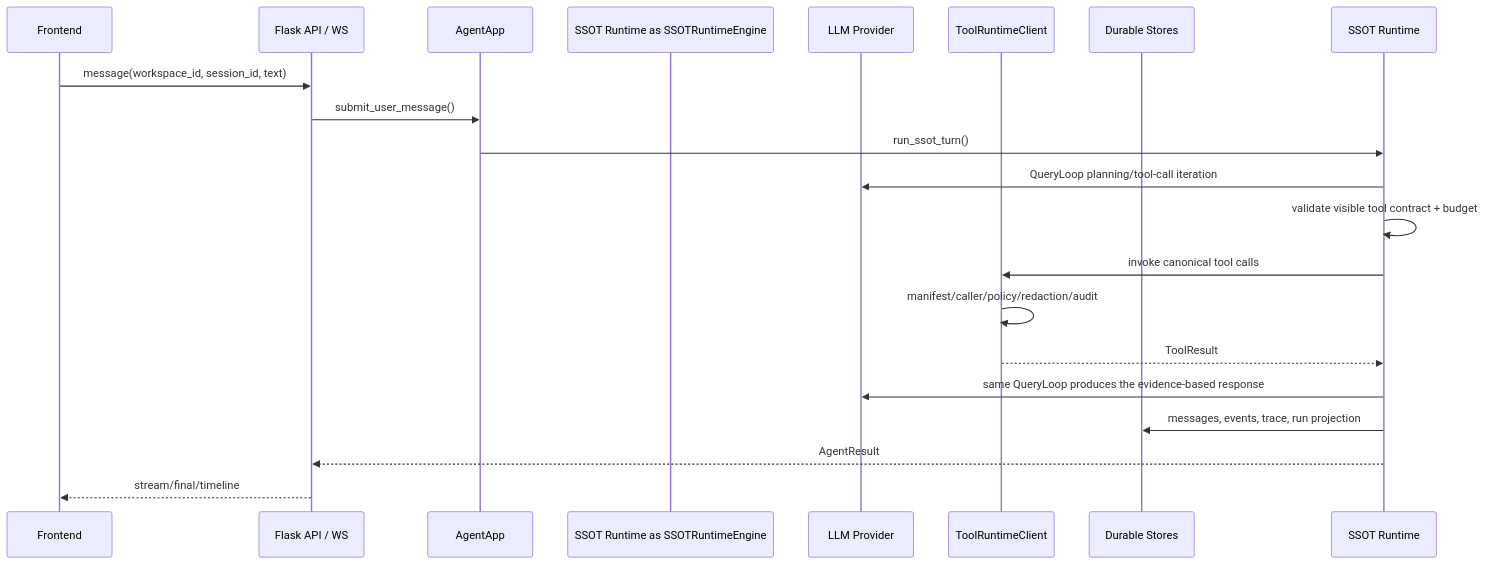
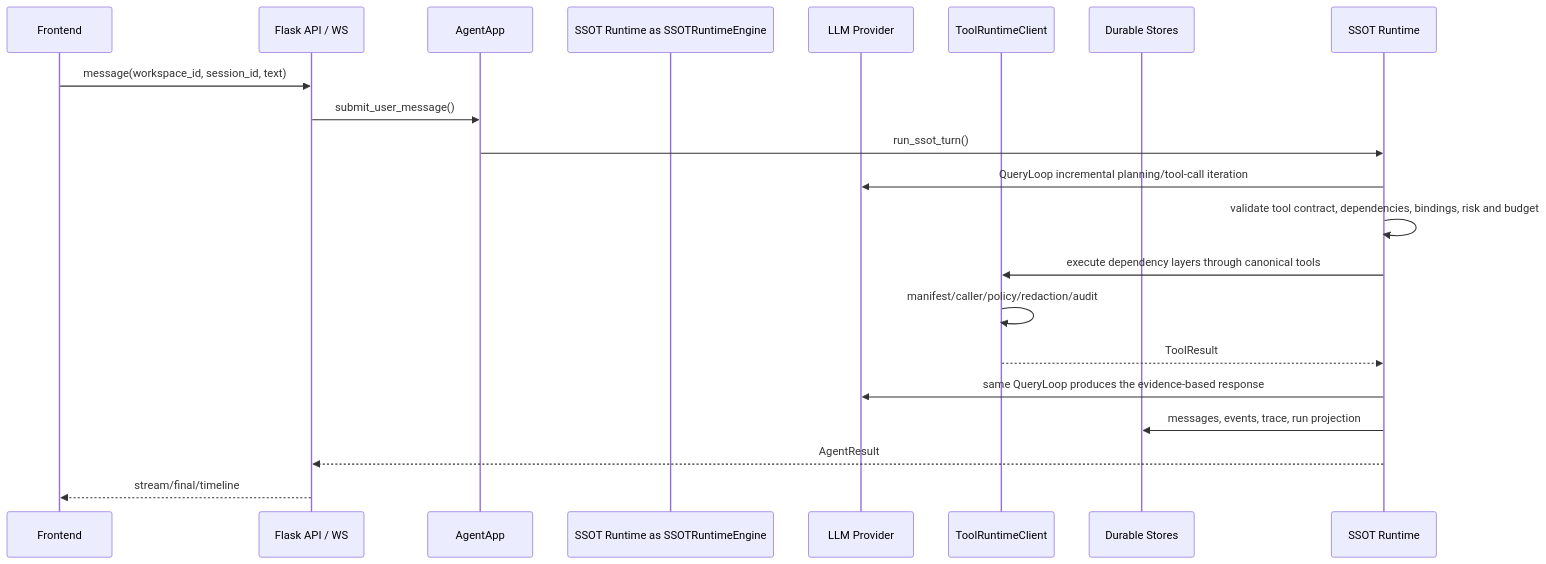
The diagram in DESIGN.md (zhangh05/agent_platform_base), drawn with Mermaid before and after one commit. The commit also changed other lines of this file and 27 other files, not shown here.

````diff
--- a/DESIGN.md
+++ b/DESIGN.md
@@ -17,23 +17,23 @@
 ```mermaid
 sequenceDiagram
   participant UI as Frontend
   participant API as Flask API / WS
   participant App as AgentApp
   participant SSOT Runtime as SSOTRuntimeEngine
   participant LLM as LLM Provider
   participant Tools as ToolRuntimeClient
   participant Store as Durable Stores
 
   UI->>API: message(workspace_id, session_id, text)
   API->>App: submit_user_message()
   App->>SSOT Runtime: run_ssot_turn()
-  SSOT Runtime->>LLM: QueryLoop planning/tool-call iteration
-  SSOT Runtime->>SSOT Runtime: validate visible tool contract + budget
-  SSOT Runtime->>Tools: invoke canonical tool calls
+  SSOT Runtime->>LLM: QueryLoop incremental planning/tool-call iteration
+  SSOT Runtime->>SSOT Runtime: validate tool contract, dependencies, bindings, risk and budget
+  SSOT Runtime->>Tools: execute dependency layers through canonical tools
   Tools->>Tools: manifest/caller/policy/redaction/audit
   Tools-->>SSOT Runtime: ToolResult
   SSOT Runtime->>LLM: same QueryLoop produces the evidence-based response
   SSOT Runtime->>Store: messages, events, trace, run projection
   SSOT Runtime-->>API: AgentResult
   API-->>UI: stream/final/timeline
 ```
````
